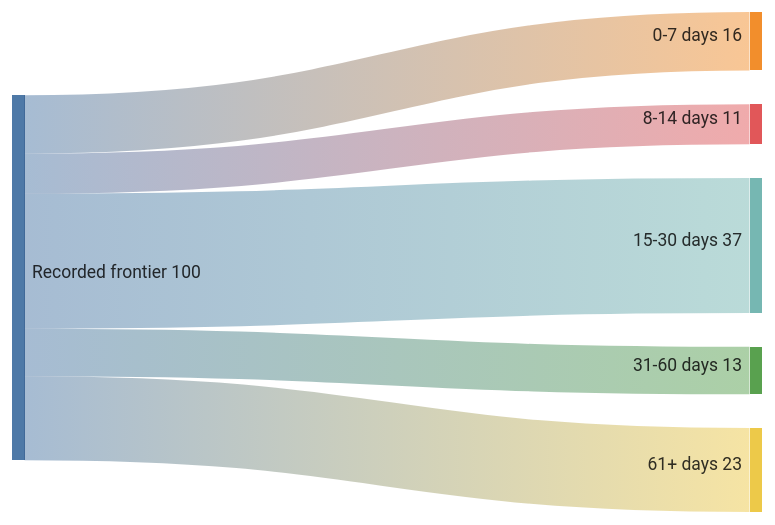
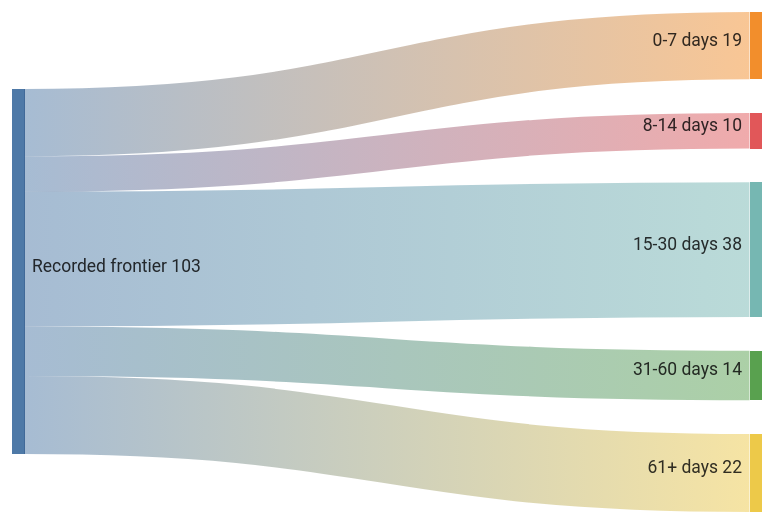
Before and after one commit to Armanasq/phd_tracker: the diagram in docs/diagrams/horizon_sankey.mmd, drawn with Mermaid. The commit also changed 41 other files, not shown here.

```diff
--- a/docs/diagrams/horizon_sankey.mmd
+++ b/docs/diagrams/horizon_sankey.mmd
@@ -1,6 +1,6 @@
 sankey-beta
-Recorded frontier,0-7 days,16
-Recorded frontier,8-14 days,11
-Recorded frontier,15-30 days,37
-Recorded frontier,31-60 days,13
-Recorded frontier,61+ days,23
+Recorded frontier,0-7 days,19
+Recorded frontier,8-14 days,10
+Recorded frontier,15-30 days,38
+Recorded frontier,31-60 days,14
+Recorded frontier,61+ days,22
```
